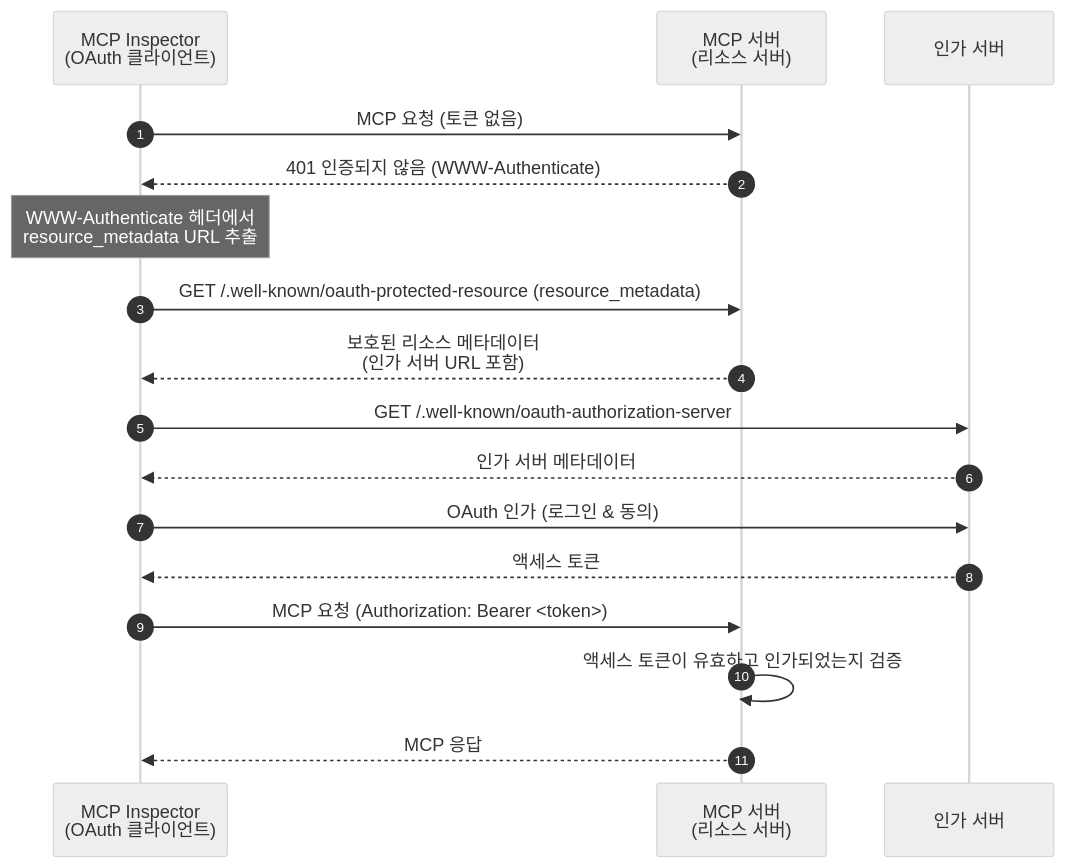
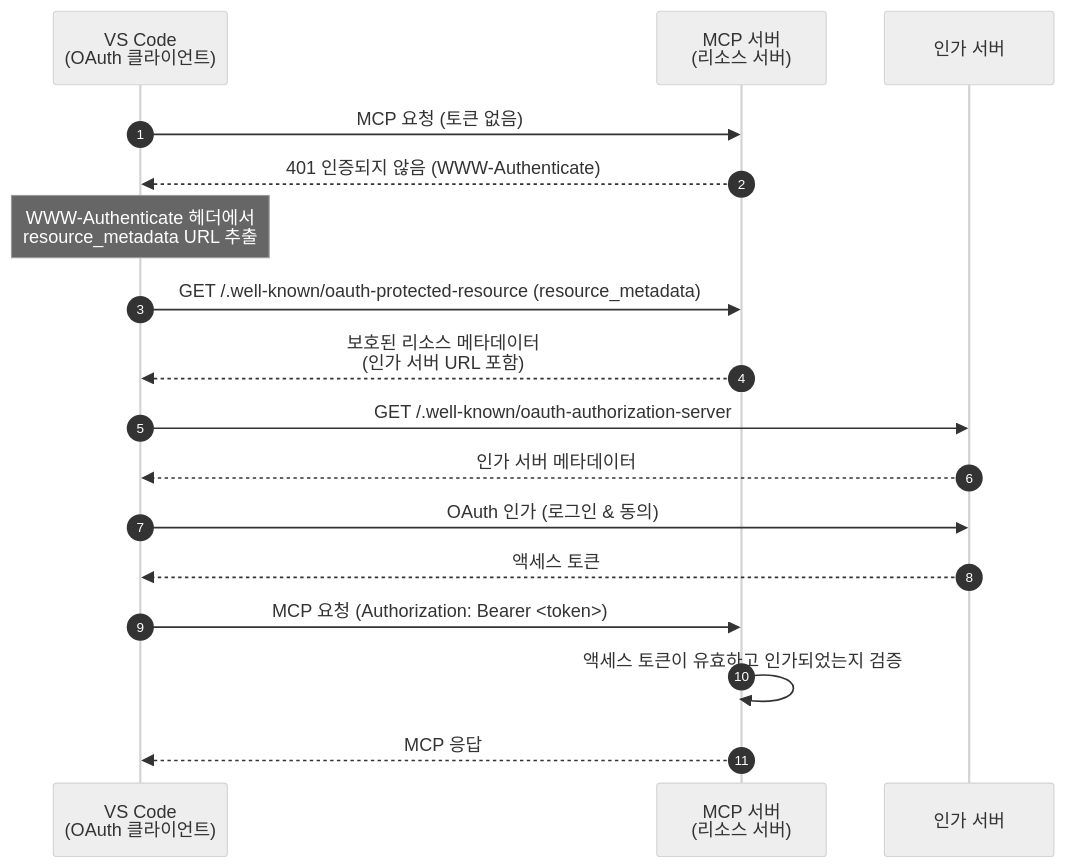
The first of 2 diagrams in i18n/ko/docusaurus-plugin-content-docs/current/tutorials/todo-manager/README.mdx (mcp-auth/docs), drawn with Mermaid (neutral theme) before and after one commit. The commit also changed other lines of this file and 18 other files, not shown here.

````diff
--- a/i18n/ko/docusaurus-plugin-content-docs/current/tutorials/todo-manager/README.mdx
+++ b/i18n/ko/docusaurus-plugin-content-docs/current/tutorials/todo-manager/README.mdx
@@ -38,23 +40,23 @@
 ```mermaid
 sequenceDiagram
   autonumber
-  participant Client as MCP Inspector<br/>(OAuth 클라이언트)
+  participant Client as VS Code<br/>(OAuth 클라이언트)
   participant RS as MCP 서버<br/>(리소스 서버)
   participant AS as 인가 서버
 
   Client->>RS: MCP 요청 (토큰 없음)
   RS-->>Client: 401 인증되지 않음 (WWW-Authenticate)
   Note over Client: WWW-Authenticate 헤더에서<br/>resource_metadata URL 추출
 
   Client->>RS: GET /.well-known/oauth-protected-resource (resource_metadata)
   RS-->>Client: 보호된 리소스 메타데이터<br/>(인가 서버 URL 포함)
 
   Client->>AS: GET /.well-known/oauth-authorization-server
   AS-->>Client: 인가 서버 메타데이터
   Client->>AS: OAuth 인가 (로그인 & 동의)
   AS-->>Client: 액세스 토큰
 
   Client->>RS: MCP 요청 (Authorization: Bearer <token>)
   RS->>RS: 액세스 토큰이 유효하고 인가되었는지 검증
   RS-->>Client: MCP 응답
 ```
````
